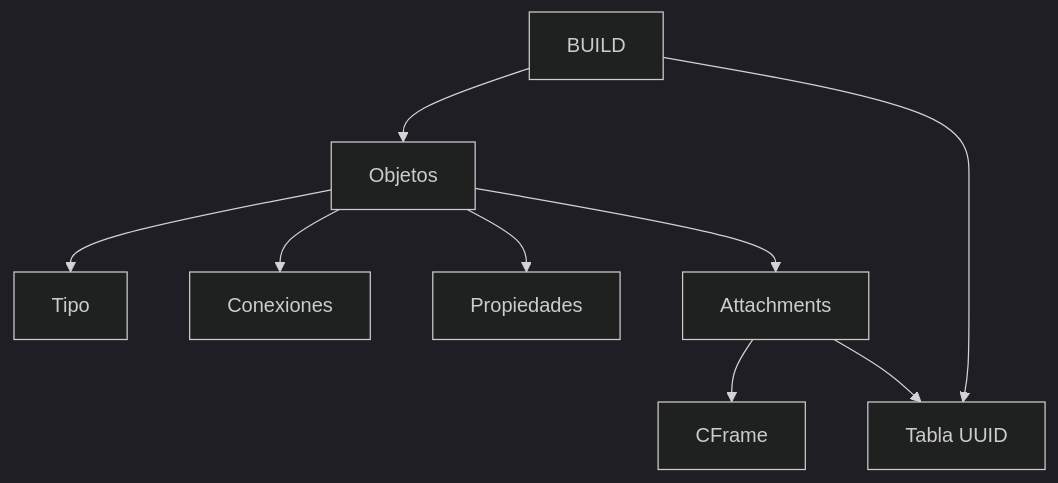
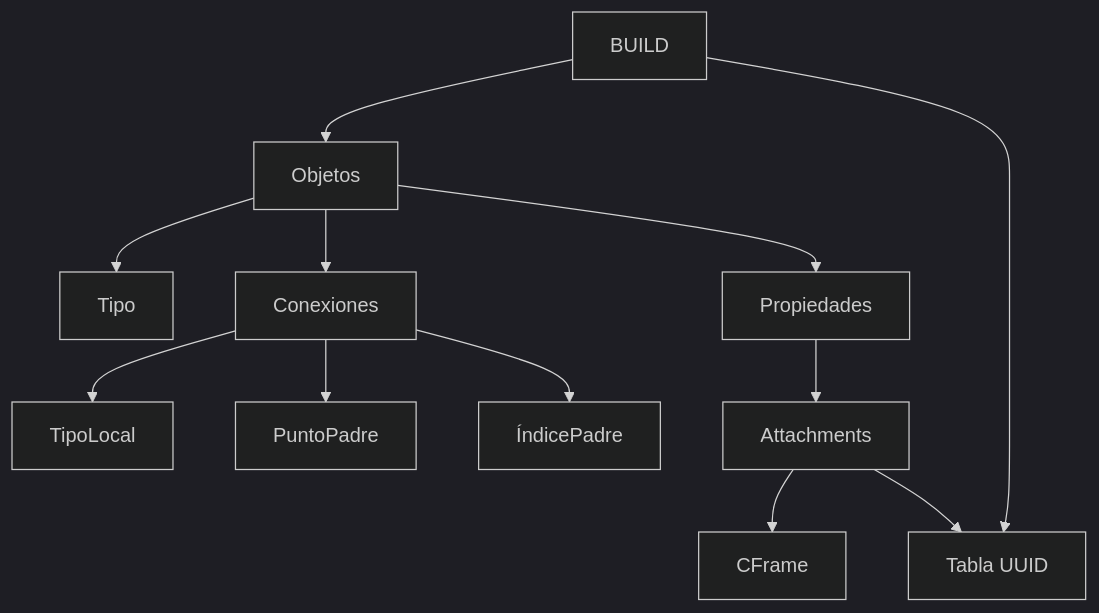
One commit to JuanCrakYT/RtG-Format changed the first of 6 diagrams in old-files/RtG_Save_Format_Specification-spanish.md. Above: the diagram before and after it, drawn with Mermaid (dark theme).

````diff
--- a/old-files/RtG_Save_Format_Specification-spanish.md
+++ b/old-files/RtG_Save_Format_Specification-spanish.md
@@ -37,15 +37,20 @@
 ```mermaid
 flowchart TD
     BUILD["BUILD"]
 
     BUILD --> OBJ["Objetos"]
     BUILD --> UUID["Tabla UUID"]
 
     OBJ --> TYPE["Tipo"]
     OBJ --> CONNECTIONS["Conexiones"]
+
+    CONNECTIONS --> LOCALTYPE["TipoLocal"]
+    CONNECTIONS --> PRIMARYID["PuntoPadre"]
+    CONNECTIONS --> PRIMARYINDEX["ÍndicePadre"]
+
     OBJ --> PROPERTIES["Propiedades"]
-    OBJ --> ATTACH["Attachments"]
+    PROPERTIES --> ATTACH["Attachments"]
 
     ATTACH --> CFRAME["CFrame"]
     ATTACH --> UUID
 ```
````
